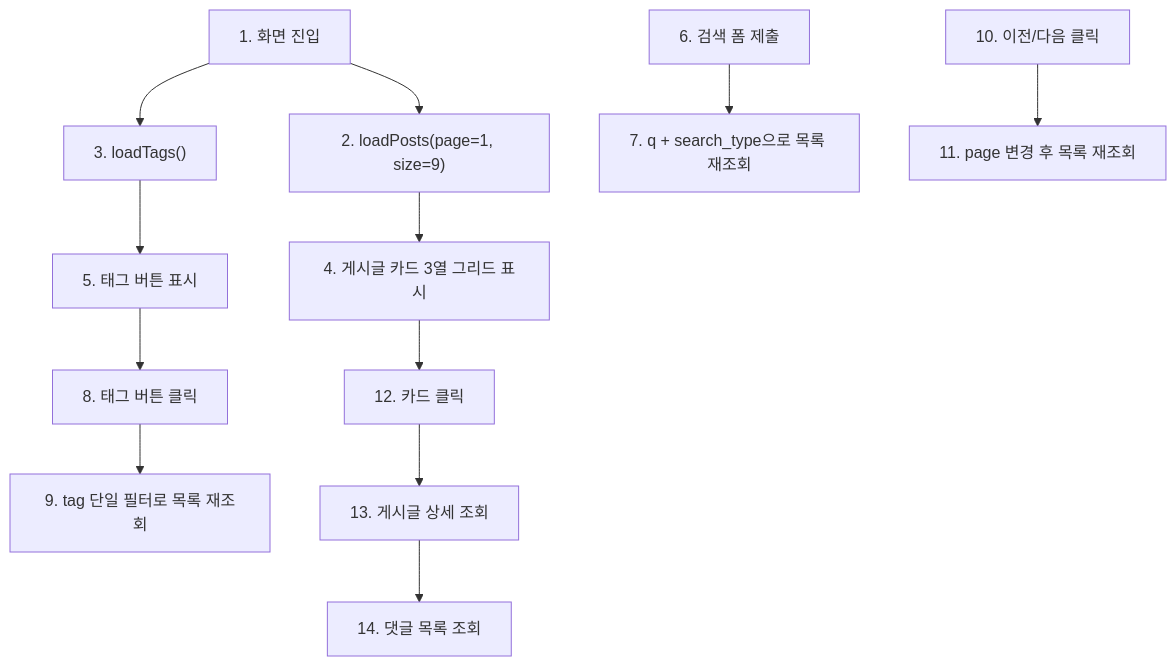
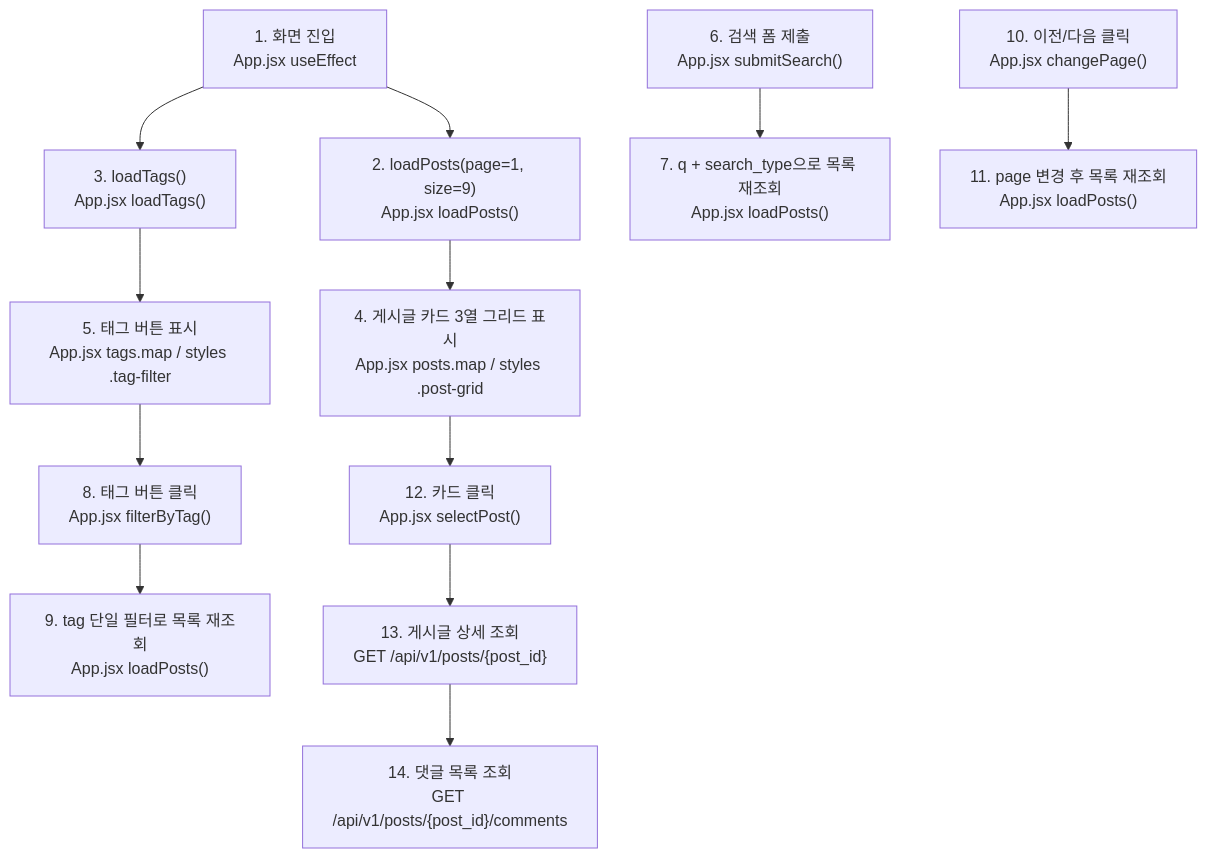
The sixth of 6 diagrams in docs2/sprint-4/implementation-record.md (JUNGLE-TEAM1/W16_team_sprint), drawn with Mermaid before and after one commit. The commit also changed other lines of this file and 2 other files, not shown here.

````diff
--- a/docs2/sprint-4/implementation-record.md
+++ b/docs2/sprint-4/implementation-record.md
@@ -359,14 +579,14 @@
 ```mermaid
 flowchart TD
-    A["1. 화면 진입"] --> B["2. loadPosts(page=1, size=9)"]
-    A --> C["3. loadTags()"]
-    B --> D["4. 게시글 카드 3열 그리드 표시"]
-    C --> E["5. 태그 버튼 표시"]
-    F["6. 검색 폼 제출"] --> G["7. q + search_type으로 목록 재조회"]
-    E --> H["8. 태그 버튼 클릭"]
-    H --> I["9. tag 단일 필터로 목록 재조회"]
-    J["10. 이전/다음 클릭"] --> K["11. page 변경 후 목록 재조회"]
-    D --> L["12. 카드 클릭"]
-    L --> M["13. 게시글 상세 조회"]
-    M --> N["14. 댓글 목록 조회"]
+    A["1. 화면 진입<br/>App.jsx useEffect"] --> B["2. loadPosts(page=1, size=9)<br/>App.jsx loadPosts()"]
+    A --> C["3. loadTags()<br/>App.jsx loadTags()"]
+    B --> D["4. 게시글 카드 3열 그리드 표시<br/>App.jsx posts.map / styles .post-grid"]
+    C --> E["5. 태그 버튼 표시<br/>App.jsx tags.map / styles .tag-filter"]
+    F["6. 검색 폼 제출<br/>App.jsx submitSearch()"] --> G["7. q + search_type으로 목록 재조회<br/>App.jsx loadPosts()"]
+    E --> H["8. 태그 버튼 클릭<br/>App.jsx filterByTag()"]
+    H --> I["9. tag 단일 필터로 목록 재조회<br/>App.jsx loadPosts()"]
+    J["10. 이전/다음 클릭<br/>App.jsx changePage()"] --> K["11. page 변경 후 목록 재조회<br/>App.jsx loadPosts()"]
+    D --> L["12. 카드 클릭<br/>App.jsx selectPost()"]
+    L --> M["13. 게시글 상세 조회<br/>GET /api/v1/posts/{post_id}"]
+    M --> N["14. 댓글 목록 조회<br/>GET /api/v1/posts/{post_id}/comments"]
 ```
````
